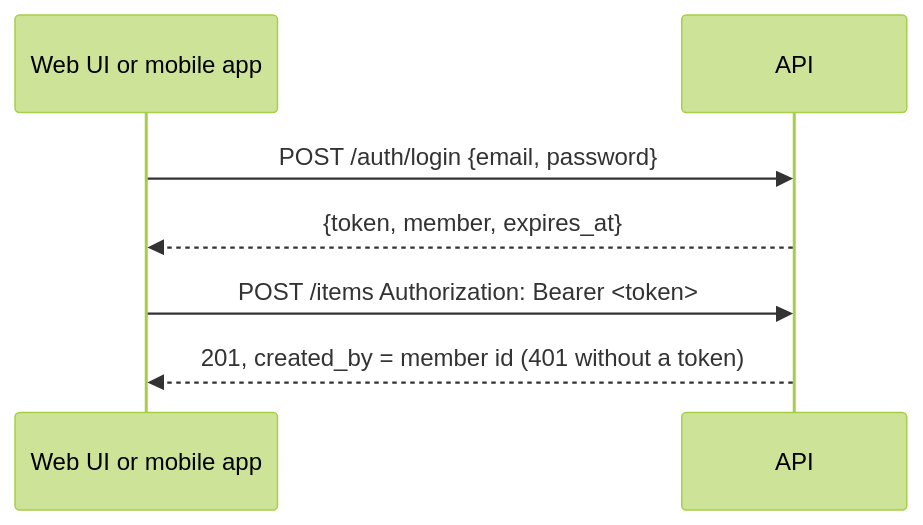
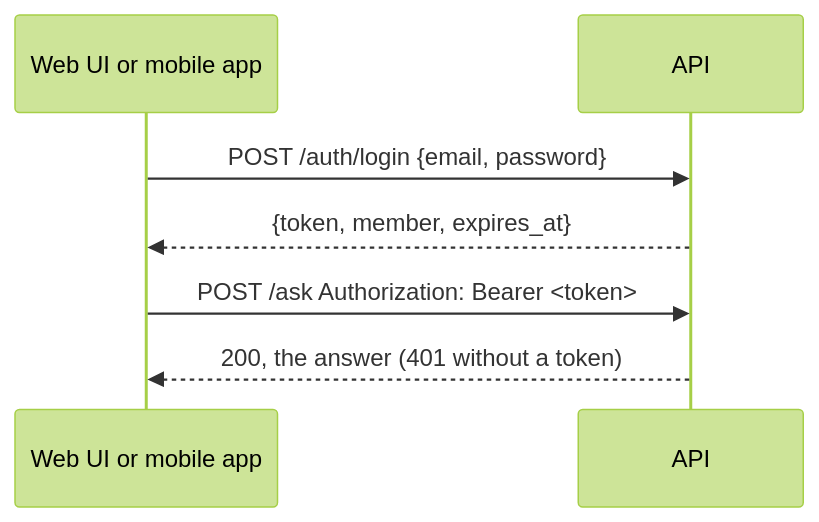
One commit to cyberscallywags/carehome_intel_mapper changed the diagram in docs/content/handbook/sign-on.md. Above: the diagram before and after it, drawn with Mermaid (forest theme). The commit also changed other lines of this file and 95 other files, not shown here.

````diff
--- a/docs/content/handbook/sign-on.md
+++ b/docs/content/handbook/sign-on.md
@@ -46,9 +48,9 @@
 ```mermaid
 sequenceDiagram
     participant F as Web UI or mobile app
     participant A as API
     F->>A: POST /auth/login {email, password}
     A-->>F: {token, member, expires_at}
-    F->>A: POST /items  Authorization: Bearer <token>
-    A-->>F: 201, created_by = member id (401 without a token)
+    F->>A: POST /ask  Authorization: Bearer <token>
+    A-->>F: 200, the answer (401 without a token)
 ```
````
